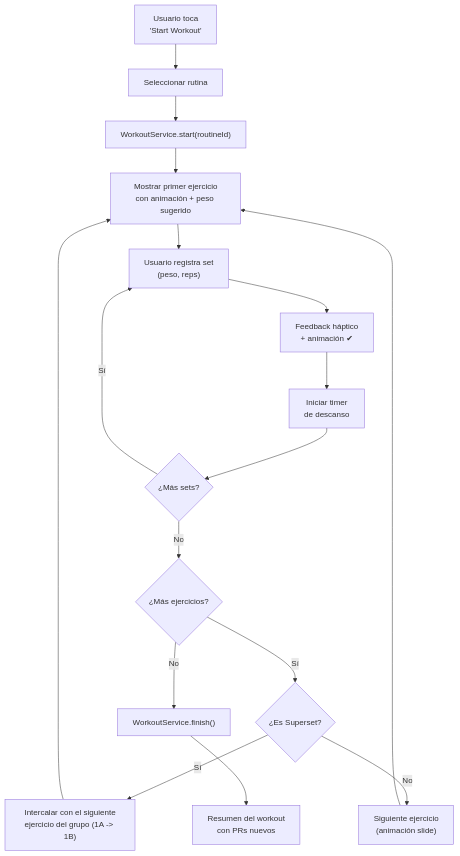
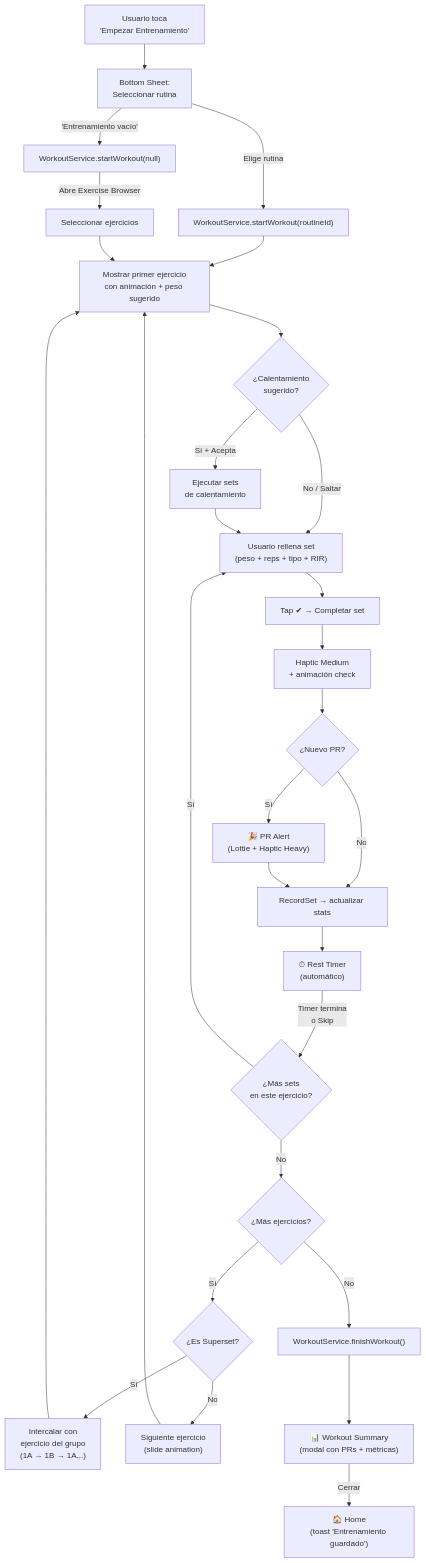
Before and after one commit to Rueda-Juan/gymApp: diagram 15 of 16 in Docs/Front.md, drawn with Mermaid. The commit also changed other lines of this file and 189 other files, not shown here.

````diff
--- a/Docs/Front.md
+++ b/Docs/Front.md
@@ -352,23 +827,37 @@
 ```mermaid
 flowchart TD
-    A["Usuario toca\n'Start Workout'"] --> B["Seleccionar rutina"]
-    B --> C["WorkoutService.start(routineId)"]
+    A["Usuario toca\n'Empezar Entrenamiento'"] --> B["Bottom Sheet:\nSeleccionar rutina"]
+    B -->|"Elige rutina"| C["WorkoutService.startWorkout(routineId)"]
+    B -->|"'Entrenamiento vacío'"| C2["WorkoutService.startWorkout(null)"]
     C --> D["Mostrar primer ejercicio\ncon animación + peso sugerido"]
+    C2 -->|"Abre Exercise Browser"| EB["Seleccionar ejercicios"]
+    EB --> D
 
-    D --> E["Usuario registra set\n(peso, reps)"]
-    E --> F["Feedback háptico\n+ animación ✔"]
-    F --> G["Iniciar timer\nde descanso"]
-    G --> H{"¿Más sets?"}
+    D --> WARM{"¿Calentamiento\nsugerido?"}
+    WARM -->|"Sí + Acepta"| WARM_SETS["Ejecutar sets\nde calentamiento"]
+    WARM -->|"No / Saltar"| E
+    WARM_SETS --> E
 
-    H -- Sí --> E
-    H -- No --> I{"¿Más ejercicios?"}
+    E["Usuario rellena set\n(peso + reps + tipo + RIR)"]
+    E --> F["Tap ✔ → Completar set"]
+    F --> HAP["Haptic Medium\n+ animación check"]
+    HAP --> PR_CHECK{"¿Nuevo PR?"}
+    PR_CHECK -->|"Sí"| PR["🎉 PR Alert\n(Lottie + Haptic Heavy)"]
+    PR_CHECK -->|"No"| SAVE["RecordSet → actualizar stats"]
+    PR --> SAVE
+    SAVE --> REST["⏱ Rest Timer\n(automático)"]
+    REST -->|"Timer termina\no Skip"| MORE_SETS{"¿Más sets\nen este ejercicio?"}
 
-    I -- Sí --> J{"¿Es Superset?"}
-    J -- Sí --> M["Intercalar con el siguiente\nejercicio del grupo (1A -> 1B)"]
-    J -- No --> N["Siguiente ejercicio\n(animación slide)"]
-    M --> D
-    N --> D
+    MORE_SETS -->|"Sí"| E
+    MORE_SETS -->|"No"| MORE_EX{"¿Más ejercicios?"}
 
-    I -- No --> K["WorkoutService.finish()"]
-    K --> L["Resumen del workout\ncon PRs nuevos"]
+    MORE_EX -->|"Sí"| SS_CHECK{"¿Es Superset?"}
+    SS_CHECK -->|"Sí"| SS["Intercalar con\nejercicio del grupo\n(1A → 1B → 1A...)"]
+    SS_CHECK -->|"No"| NEXT["Siguiente ejercicio\n(slide animation)"]
+    SS --> D
+    NEXT --> D
+
+    MORE_EX -->|"No"| FINISH["WorkoutService.finishWorkout()"]
+    FINISH --> SUM["📊 Workout Summary\n(modal con PRs + métricas)"]
+    SUM -->|"Cerrar"| HOME["🏠 Home\n(toast 'Entrenamiento guardado')"]
 ```
````
